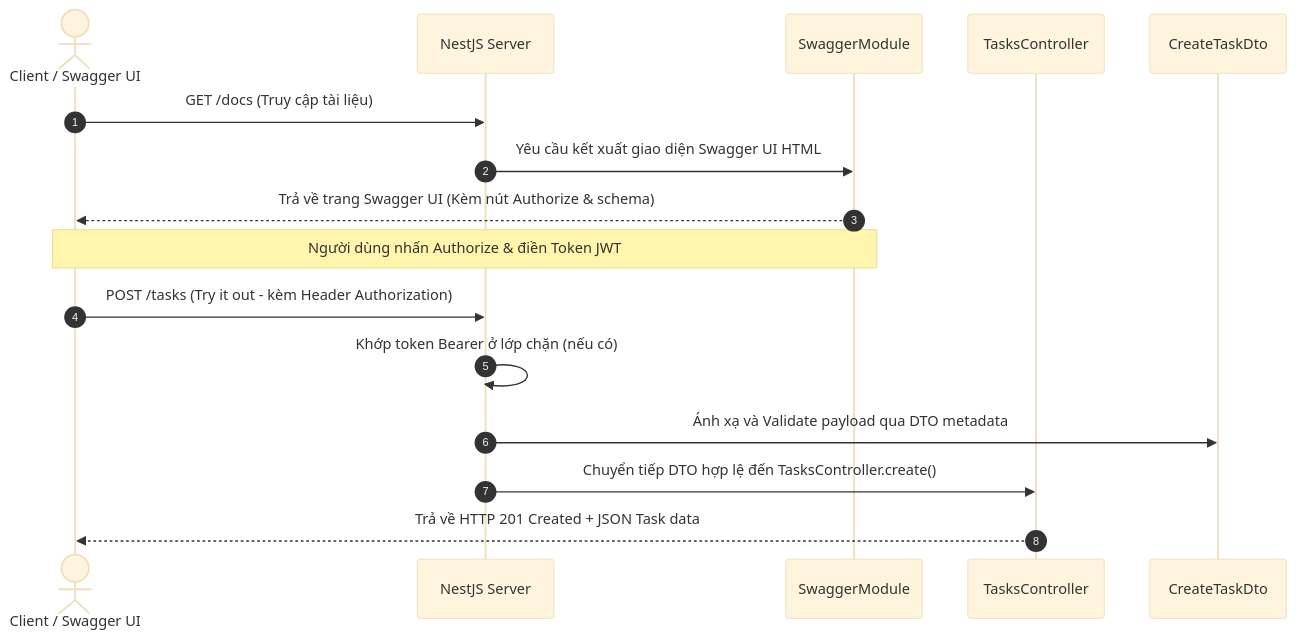
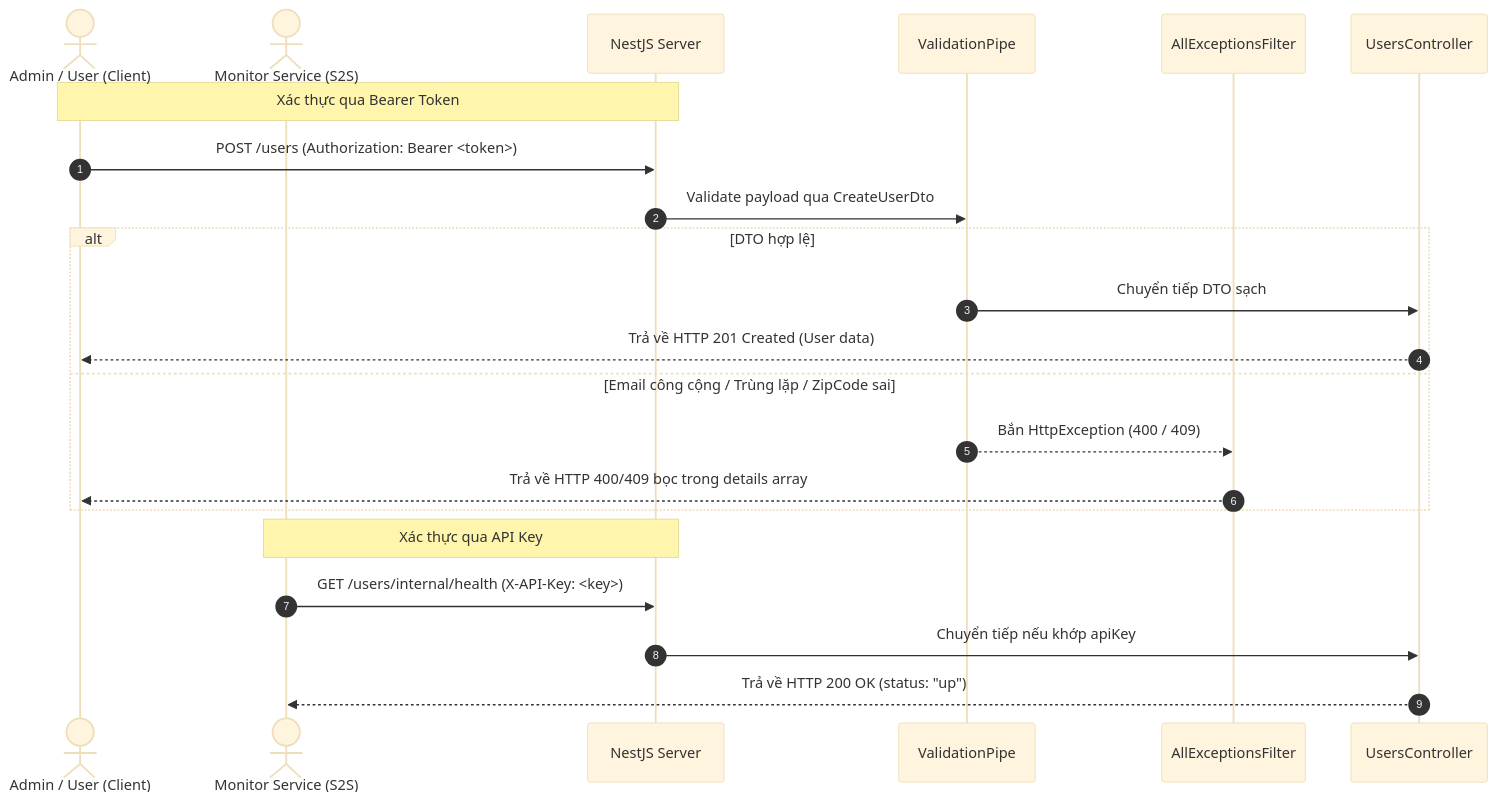
Before and after one commit to emnghiaproplayers/task-management-study: the diagram in README.md, drawn with Mermaid (base theme). The commit also changed other lines of this file and 8 other files, not shown here.

Commit message:
feat: complete Users module Swagger documentation, security schemes separation, and multi-response codes

````diff
--- a/README.md
+++ b/README.md
@@ -61,21 +62,26 @@
 ```mermaid
 sequenceDiagram
     autonumber
-    actor Client as Client / Swagger UI
+    actor Admin as Admin / User (Client)
+    actor Service as Monitor Service (S2S)
     participant Server as NestJS Server
-    participant Swagger as SwaggerModule
-    participant Controller as TasksController
-    participant DTO as CreateTaskDto
+    participant Pipe as ValidationPipe
+    participant Filter as AllExceptionsFilter
+    participant Controller as UsersController
 
-    Client->>Server: GET /docs (Truy cập tài liệu)
-    Server->>Swagger: Yêu cầu kết xuất giao diện Swagger UI HTML
-    Swagger-->>Client: Trả về trang Swagger UI (Kèm nút Authorize & schema)
+    Note over Admin, Server: Xác thực qua Bearer Token
+    Admin->>Server: POST /users (Authorization: Bearer <token>)
+    Server->>Pipe: Validate payload qua CreateUserDto
+    alt DTO hợp lệ
+        Pipe->>Controller: Chuyển tiếp DTO sạch
+        Controller-->>Admin: Trả về HTTP 201 Created (User data)
+    else Email công cộng / Trùng lặp / ZipCode sai
+        Pipe-->>Filter: Bắn HttpException (400 / 409)
+        Filter-->>Admin: Trả về HTTP 400/409 bọc trong details array
+    end
 
-    Note over Client, Swagger: Người dùng nhấn Authorize & điền Token JWT
-
-    Client->>Server: POST /tasks (Try it out - kèm Header Authorization)
-    Server->>Server: Khớp token Bearer ở lớp chặn (nếu có)
-    Server->>DTO: Ánh xạ và Validate payload qua DTO metadata
-    Server->>Controller: Chuyển tiếp DTO hợp lệ đến TasksController.create()
-    Controller-->>Client: Trả về HTTP 201 Created + JSON Task data
+    Note over Service, Server: Xác thực qua API Key
+    Service->>Server: GET /users/internal/health (X-API-Key: <key>)
+    Server->>Controller: Chuyển tiếp nếu khớp apiKey
+    Controller-->>Service: Trả về HTTP 200 OK (status: "up")
 ```
````
